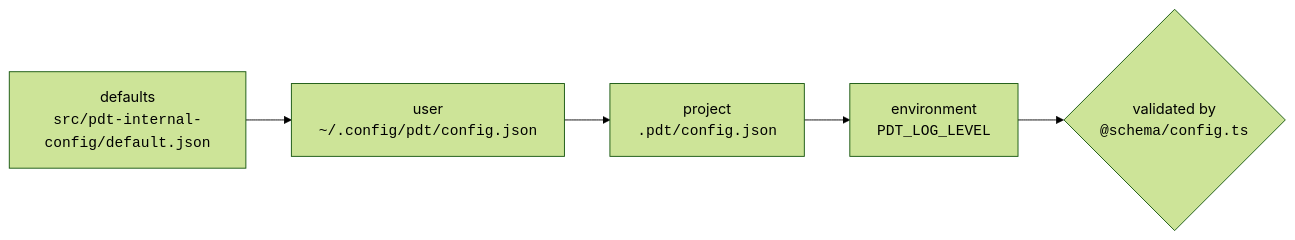
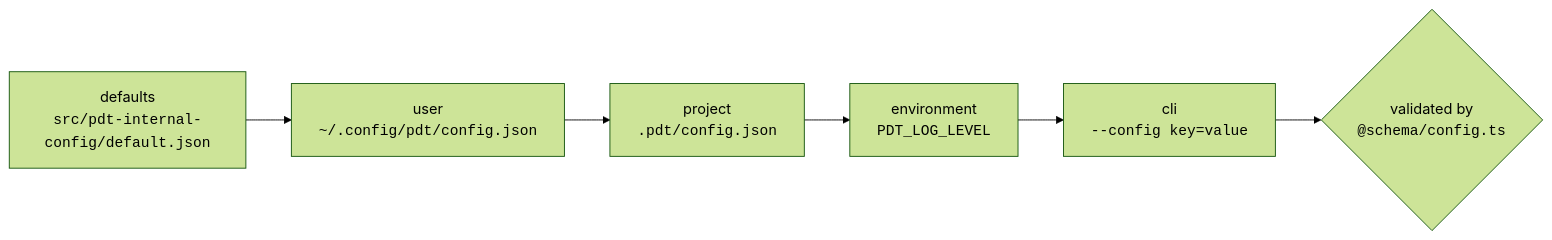
Before and after one commit to ulenarofmondarth/pdt: the first of 2 diagrams in docs/developer/configuration.md, drawn with Mermaid (forest theme). The commit also changed other lines of this file and 26 other files, not shown here.

````diff
--- a/docs/developer/configuration.md
+++ b/docs/developer/configuration.md
@@ -5,10 +5,11 @@
 ```{mermaid}
 :align: center
 :caption: How configuration cascades (later sources win)
 
 flowchart LR
   d["defaults<br/><code>src/pdt-internal-config/default.json</code>"] --> u["user<br/><code>~/.config/pdt/config.json</code>"]
   u --> p["project<br/><code>.pdt/config.json</code>"]
   p --> e["environment<br/><code>PDT_LOG_LEVEL</code>"]
-  e --> v{"validated by<br/><code>@schema/config.ts</code>"}
+  e --> c["cli<br/><code>--config key=value</code>"]
+  c --> v{"validated by<br/><code>@schema/config.ts</code>"}
 ```
````
